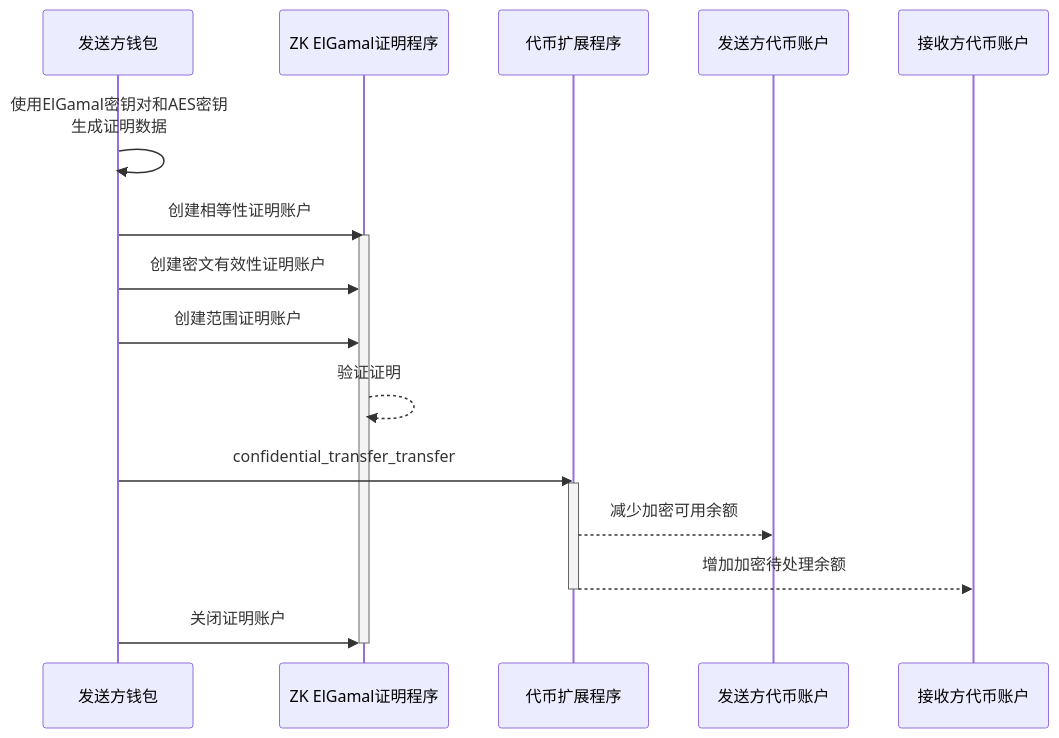
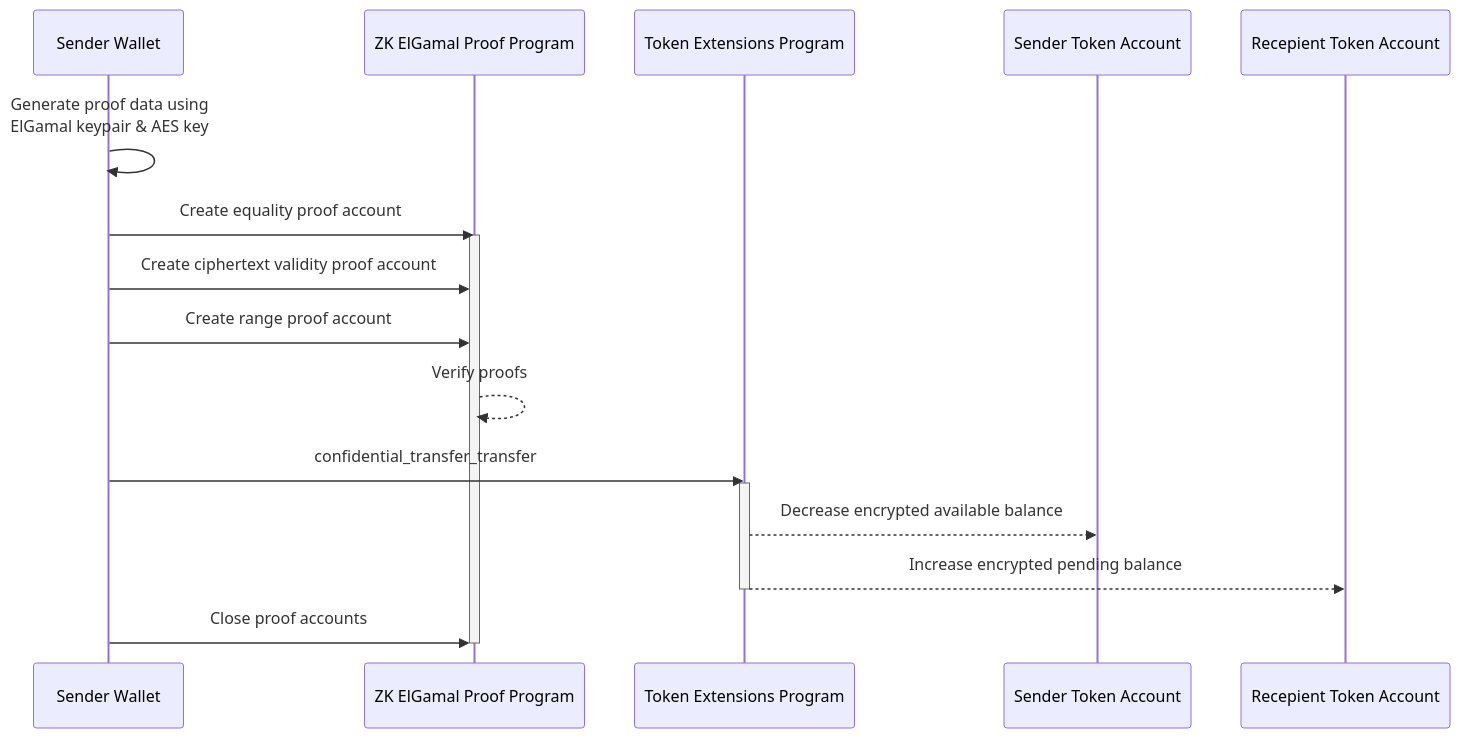
The diagram in content/docs/zh/tokens/extensions/confidential-transfer/transfer-tokens.mdx (solana-foundation/solana-com), drawn with Mermaid before and after one commit. The commit also changed other lines of this file and 38 other files, not shown here.

````diff
--- a/content/docs/zh/tokens/extensions/confidential-transfer/transfer-tokens.mdx
+++ b/content/docs/zh/tokens/extensions/confidential-transfer/transfer-tokens.mdx
@@ -38,25 +38,25 @@
 ```mermaid title="Transfer Tokens"
 sequenceDiagram
-    participant Owner as 发送方钱包
-    participant ElGamal as ZK ElGamal证明程序
-    participant Token22 as 代币扩展程序
-    participant SourceAccount as 发送方代币账户
-    participant DestAccount as 接收方代币账户
+    participant Owner as Sender Wallet
+    participant ElGamal as ZK ElGamal Proof Program
+    participant Token22 as Token Extensions Program
+    participant SourceAccount as Sender Token Account
+    participant DestAccount as Recepient Token Account
 
-    Owner->>Owner: 使用ElGamal密钥对和AES密钥<br>生成证明数据
+    Owner->>Owner: Generate proof data using<br>ElGamal keypair & AES key
 
-    Owner->>ElGamal: 创建相等性证明账户
+    Owner->>ElGamal: Create equality proof account
     activate ElGamal
-    Owner->>ElGamal: 创建密文有效性证明账户
-    Owner->>ElGamal: 创建范围证明账户
-    ElGamal-->>ElGamal: 验证证明
+    Owner->>ElGamal: Create ciphertext validity proof account
+    Owner->>ElGamal: Create range proof account
+    ElGamal-->>ElGamal: Verify proofs
 
     Owner->>Token22: confidential_transfer_transfer
     activate Token22
-    Token22-->>SourceAccount: 减少加密可用余额
-    Token22-->>DestAccount: 增加加密待处理余额
+    Token22-->>SourceAccount: Decrease encrypted available balance
+    Token22-->>DestAccount: Increase encrypted pending balance
     deactivate Token22
 
-    Owner->>ElGamal: 关闭证明账户
+    Owner->>ElGamal: Close proof accounts
     deactivate ElGamal
 ```
````
